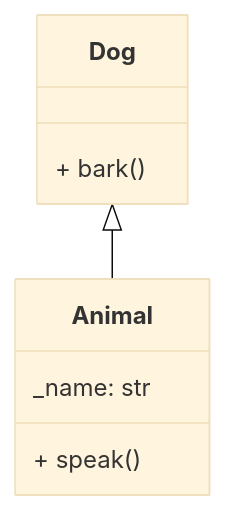
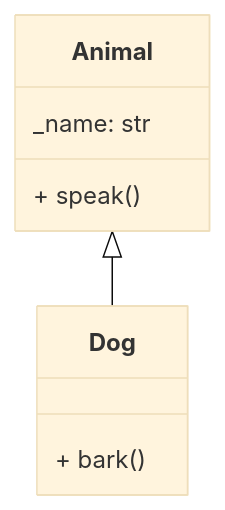
One commit to fegonzalez7/poo_unal_clase9 changed the second of 7 diagrams in README.md. Above: the diagram before and after it, drawn with Mermaid (base theme).

Commit message:
cambios diagramas 3

````diff
--- a/README.md
+++ b/README.md
@@ -50,11 +50,11 @@
 ```mermaid
 classDiagram
 class Animal {
   _name: str
   + speak() 
 }
 class Dog {
   + bark()
 }
-Dog <|-- Animal
+Animal <|-- Dog
 ```
````
